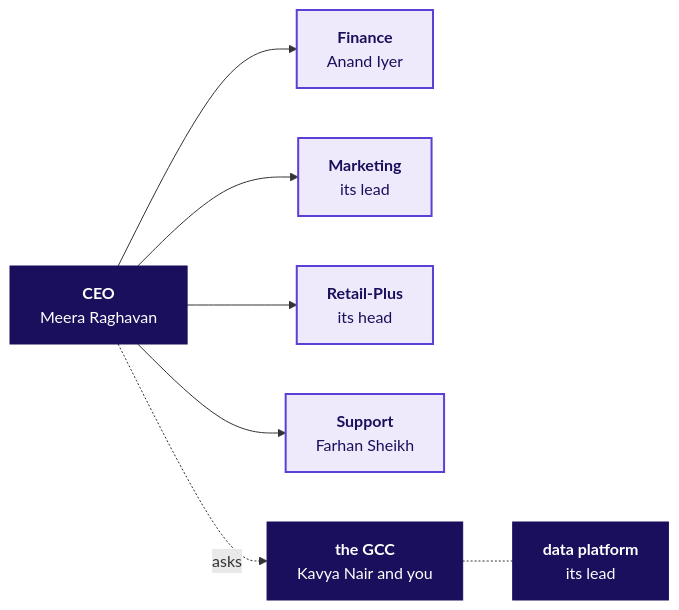
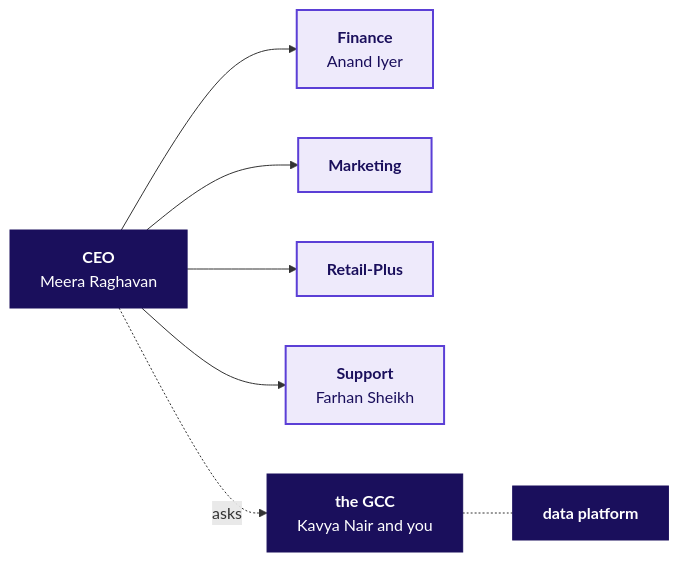
Before and after one commit to fde-academy-lab/c2-content-factory: the fourth of 18 diagrams in content/W01/D1/slides/C2_W01_D01_half1_STUDENT.md, drawn with Mermaid. The commit also changed other lines of this file and 39 other files, not shown here.

````diff
--- a/content/W01/D1/slides/C2_W01_D01_half1_STUDENT.md
+++ b/content/W01/D1/slides/C2_W01_D01_half1_STUDENT.md
@@ -136,13 +134,13 @@
 ```mermaid
 flowchart LR
     CEO["<b>CEO</b><br/>Meera Raghavan"] --> FIN["<b>Finance</b><br/>Anand Iyer"]
-    CEO --> MKT["<b>Marketing</b><br/>its lead"]
-    CEO --> RP["<b>Retail-Plus</b><br/>its head"]
+    CEO --> MKT["<b>Marketing</b>"]
+    CEO --> RP["<b>Retail-Plus</b>"]
     CEO --> CS["<b>Support</b><br/>Farhan Sheikh"]
     CEO -.->|asks| GCC["<b>the GCC</b><br/>Kavya Nair and you"]
-    GCC -.- DP["<b>data platform</b><br/>its lead"]
+    GCC -.- DP["<b>data platform</b>"]
     classDef known fill:#EEEAFB,stroke:#5B3FD6,color:#1A0F5C,stroke-width:2px
     classDef bet fill:#1A0F5C,stroke:#1A0F5C,color:#FFFFFF
     class FIN,MKT,RP,CS known
     class CEO,GCC,DP bet
 ```
````
